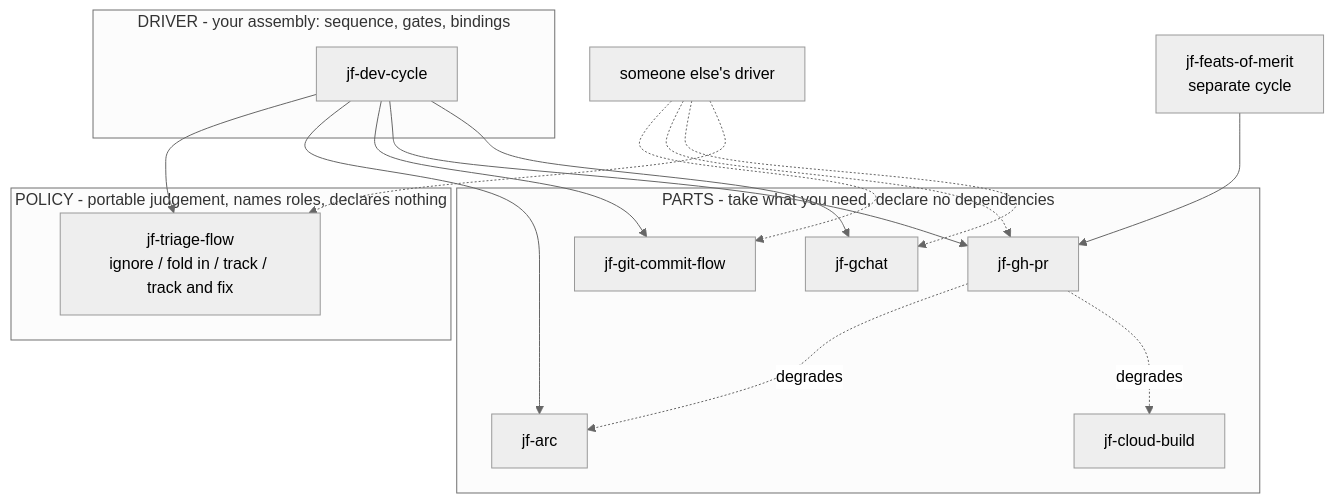
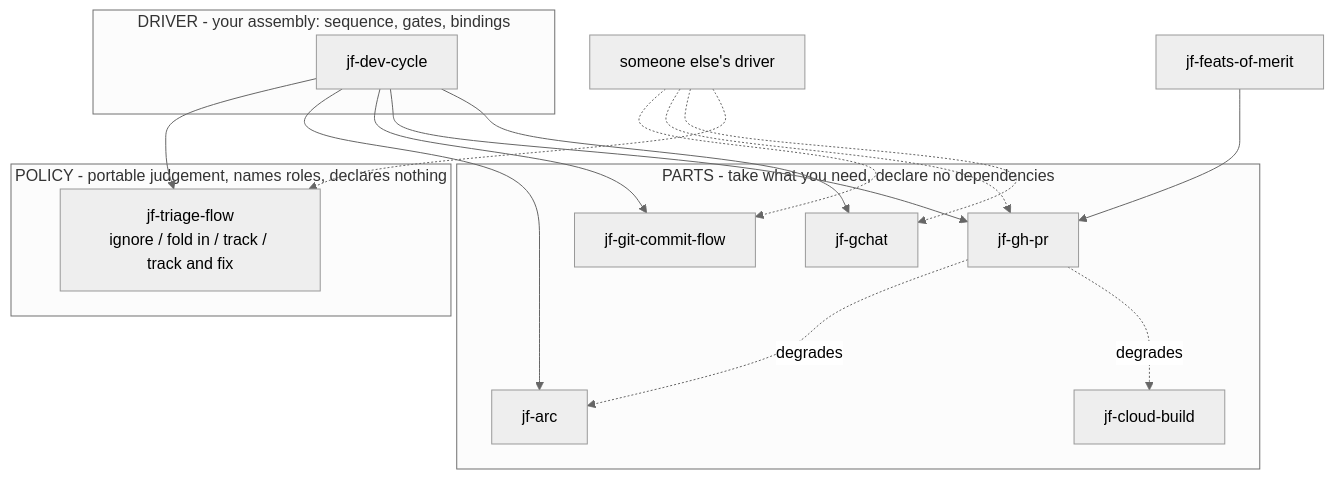
Before and after one commit to benjfactor/dotfiles: the first of 2 diagrams in docs/plans/2026-08-28-001-feat-claude-plugin-packaging-plan.md, drawn with Mermaid (neutral theme). The commit also changed other lines of this file, not shown here.

````diff
--- a/docs/plans/2026-08-28-001-feat-claude-plugin-packaging-plan.md
+++ b/docs/plans/2026-08-28-001-feat-claude-plugin-packaging-plan.md
@@ -56,31 +56,31 @@
 ```mermaid
 flowchart TD
     subgraph parts["PARTS - take what you need, declare no dependencies"]
         gchat["jf-gchat"]
         arc["jf-arc"]
         cb["jf-cloud-build"]
         commit["jf-git-commit-flow"]
         ghpr["jf-gh-pr"]
     end
     subgraph policy["POLICY - portable judgement, names roles, declares nothing"]
         triage["jf-triage-flow<br/>ignore / fold in / track / track and fix"]
     end
     subgraph driver["DRIVER - your assembly: sequence, gates, bindings"]
         cycle["jf-dev-cycle"]
     end
     theirs["someone else's driver"]
-    merit["jf-feats-of-merit<br/>separate cycle"]
+    merit["jf-feats-of-merit"]
 
     cycle --> gchat
     cycle --> ghpr
     cycle --> commit
     cycle --> arc
     cycle --> triage
     merit --> ghpr
     ghpr -. degrades .-> cb
     ghpr -. degrades .-> arc
     theirs -.-> triage
     theirs -.-> gchat
     theirs -.-> ghpr
     theirs -.-> commit
 ```
````
